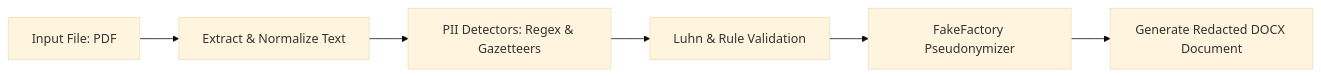
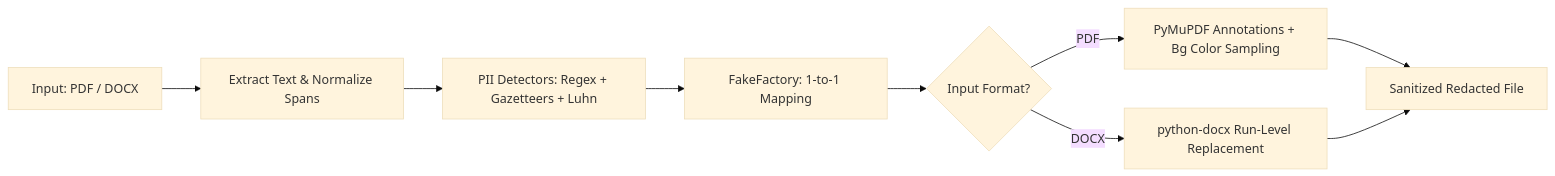
The diagram in README.md (Devdiva0/KSH-PII-Redaction), drawn with Mermaid (base theme) before and after one commit. The commit also changed other lines of this file and 4 other files, not shown here.

````diff
--- a/README.md
+++ b/README.md
@@ -37,8 +73,11 @@
 ```mermaid
 flowchart LR
-    A[Input File: PDF] --> B[Extract & Normalize Text]
-    B --> C[PII Detectors: Regex & Gazetteers]
-    C --> D[Luhn & Rule Validation]
-    D --> E[FakeFactory Pseudonymizer]
-    E --> F[Generate Redacted DOCX Document]
+    A[Input: PDF / DOCX] --> B[Extract Text & Normalize Spans]
+    B --> C[PII Detectors: Regex + Gazetteers + Luhn]
+    C --> D[FakeFactory: 1-to-1 Mapping]
+    D --> E{Input Format?}
+    E -- PDF --> F[PyMuPDF Annotations + Bg Color Sampling]
+    E -- DOCX --> G[python-docx Run-Level Replacement]
+    F --> H[Sanitized Redacted File]
+    G --> H
 ```
````
